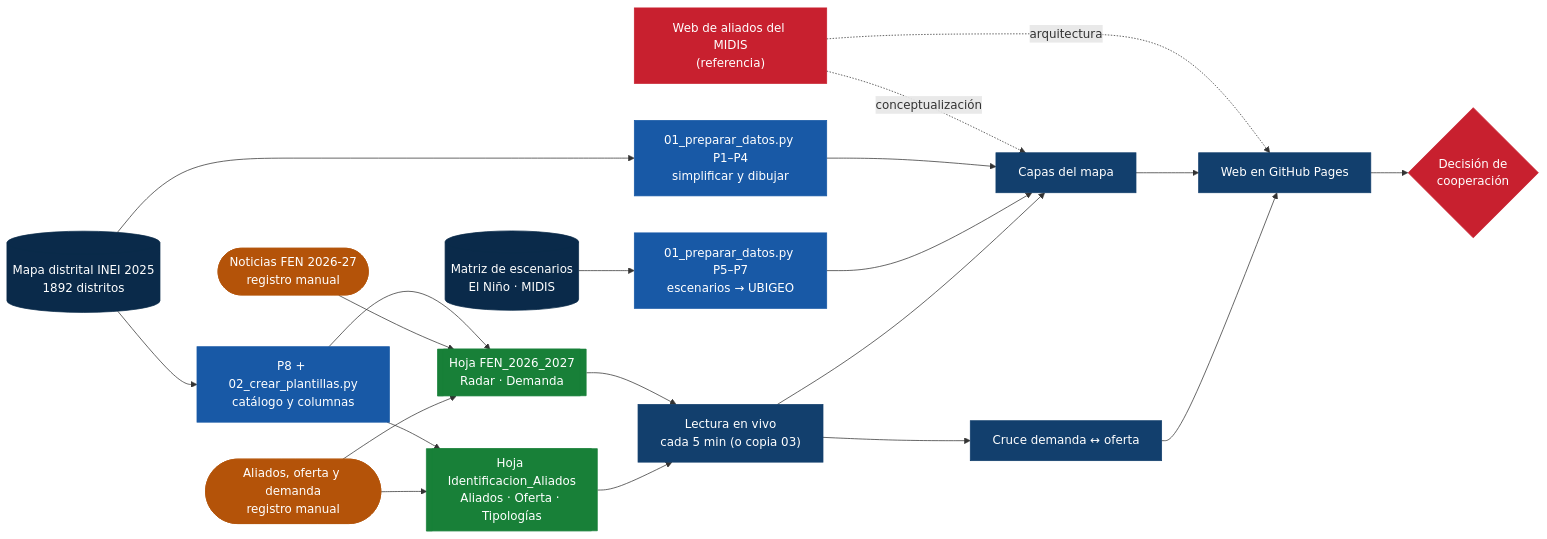
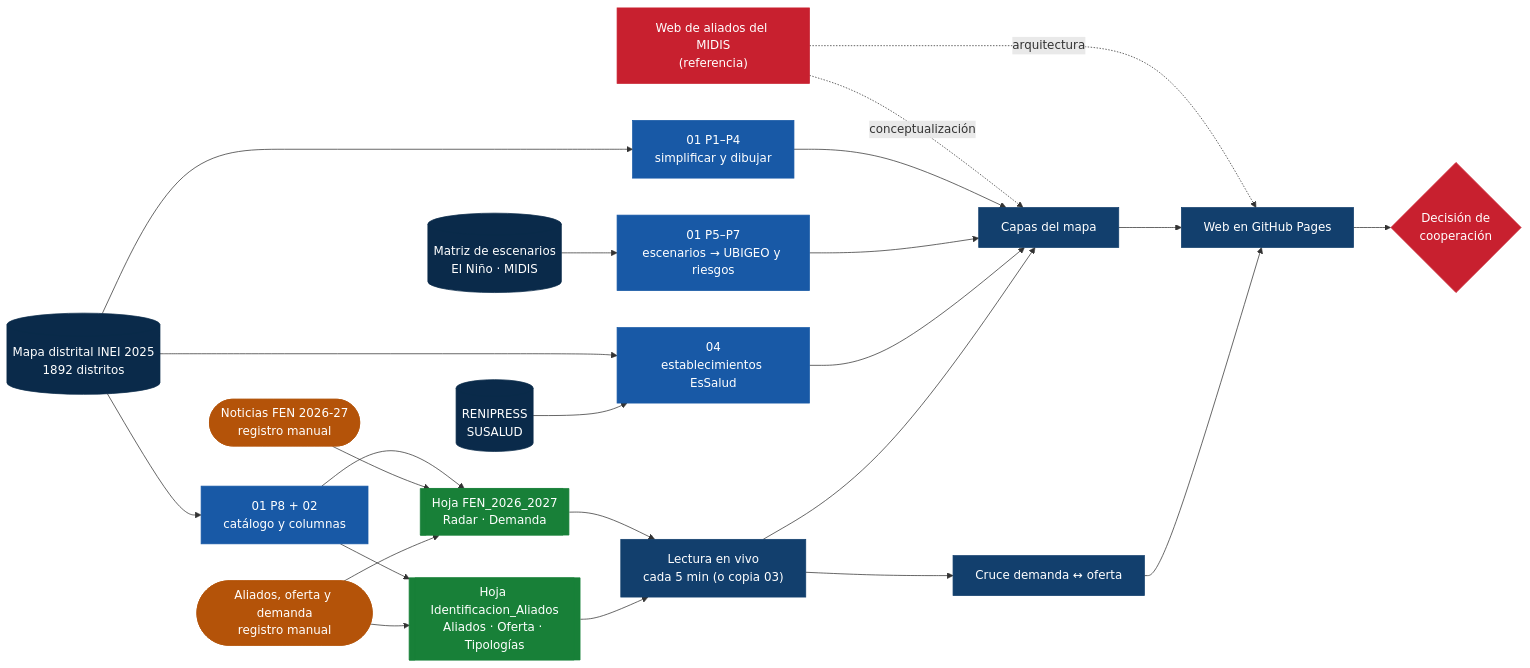
One commit to diegosimemirror/aliados changed the diagram in README.md. Above: the diagram before and after it, drawn with Mermaid. The commit also changed other lines of this file and 16 other files, not shown here.

First line of the commit message:
Tipos de riesgo del FEN, establecimientos de EsSalud y pipeline interno

````diff
--- a/README.md
+++ b/README.md
@@ -23,38 +50,42 @@
 ```mermaid
 flowchart LR
   classDef ref fill:#C8202F,color:#fff,stroke:#C8202F
   classDef fuente fill:#0A2A4A,color:#fff,stroke:#0A2A4A
   classDef humano fill:#B45309,color:#fff,stroke:#B45309
   classDef script fill:#1859A6,color:#fff,stroke:#1859A6
   classDef hoja fill:#188038,color:#fff,stroke:#188038
   classDef web fill:#123F6D,color:#fff,stroke:#123F6D
 
   MIDIS["Web de aliados del MIDIS<br/>(referencia)"]:::ref
   INEI[("Mapa distrital INEI 2025<br/>1892 distritos")]:::fuente
   MATRIZ[("Matriz de escenarios<br/>El Niño · MIDIS")]:::fuente
+  REN[("RENIPRESS<br/>SUSALUD")]:::fuente
   NOT(["Noticias FEN 2026-27<br/>registro manual"]):::humano
   GES(["Aliados, oferta y demanda<br/>registro manual"]):::humano
 
-  P14["01_preparar_datos.py P1–P4<br/>simplificar y dibujar"]:::script
-  P57["01_preparar_datos.py P5–P7<br/>escenarios → UBIGEO"]:::script
-  P8["P8 + 02_crear_plantillas.py<br/>catálogo y columnas"]:::script
+  P14["01 P1–P4<br/>simplificar y dibujar"]:::script
+  P57["01 P5–P7<br/>escenarios → UBIGEO y riesgos"]:::script
+  P04["04<br/>establecimientos EsSalud"]:::script
+  P8["01 P8 + 02<br/>catálogo y columnas"]:::script
   HFEN[["Hoja FEN_2026_2027<br/>Radar · Demanda"]]:::hoja
   HALI[["Hoja Identificacion_Aliados<br/>Aliados · Oferta · Tipologías"]]:::hoja
 
   LEC["Lectura en vivo<br/>cada 5 min (o copia 03)"]:::web
   CAP["Capas del mapa"]:::web
   CRU["Cruce demanda ↔ oferta"]:::web
   WEB["Web en GitHub Pages"]:::web
   DEC{"Decisión de<br/>cooperación"}:::ref
 
   MIDIS -. arquitectura .-> WEB
   MIDIS -. conceptualización .-> CAP
   INEI --> P14 --> CAP
+  INEI --> P04
   INEI --> P8
   MATRIZ --> P57 --> CAP
+  REN --> P04 --> CAP
   P8 --> HFEN & HALI
   NOT --> HFEN
   GES --> HFEN & HALI
   HFEN & HALI --> LEC --> CAP & CRU
   CAP & CRU --> WEB --> DEC
 ```
````
